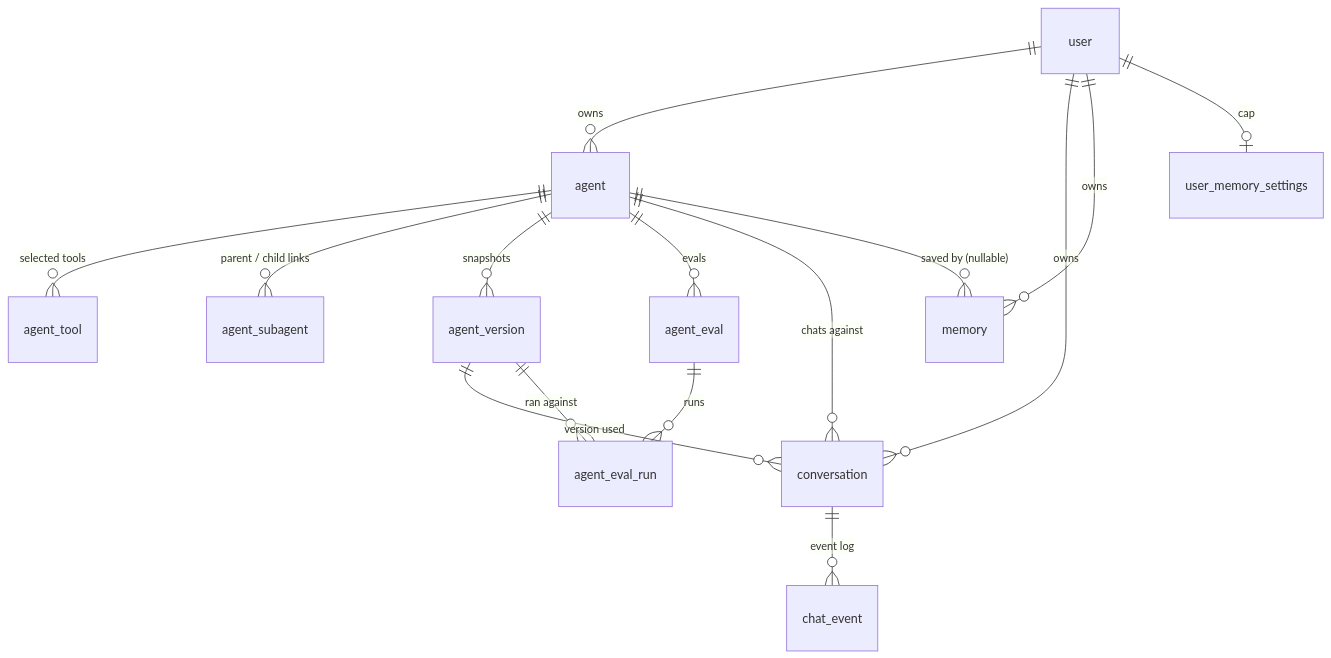
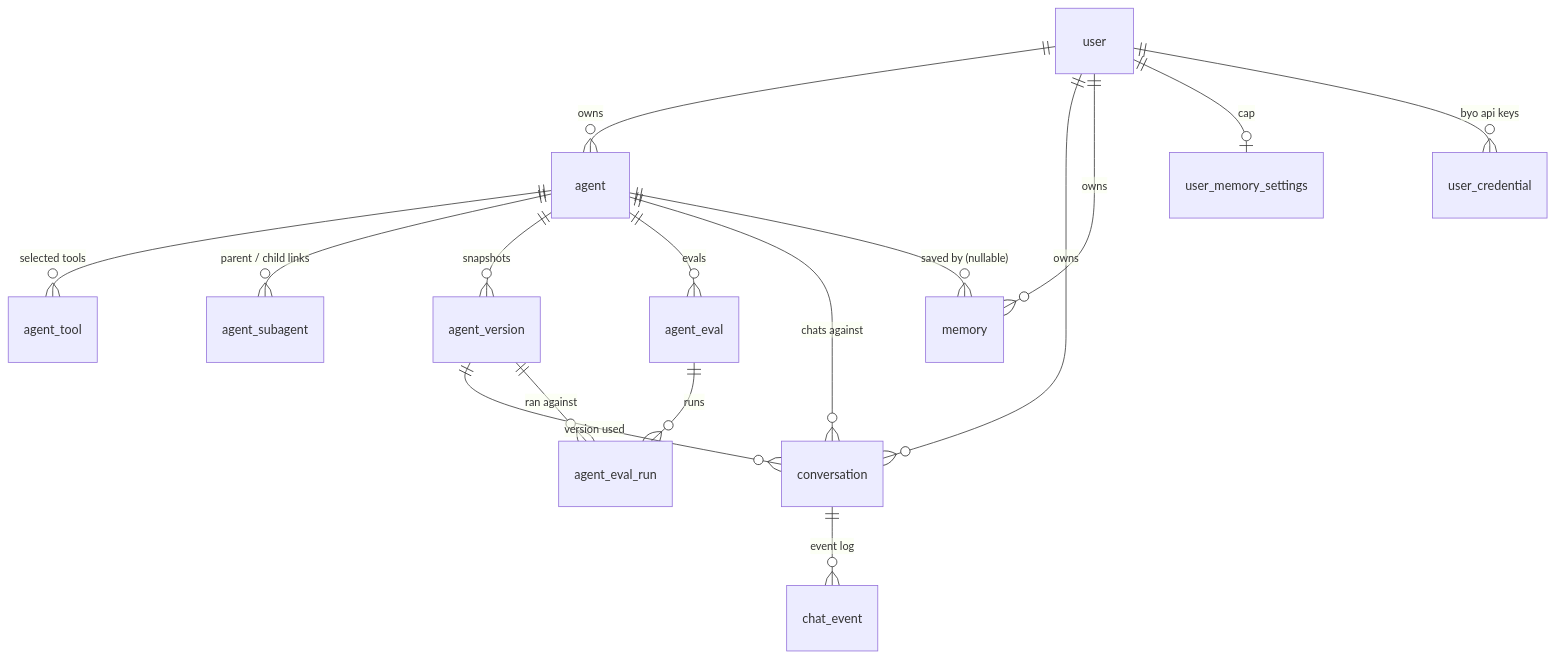
The fifth of 5 diagrams in ARCHITECTURE.md (jimmy-guzman/comal.dev), drawn with Mermaid before and after one commit. The commit also changed other lines of this file and 43 other files, not shown here.

Commit message:
feat: ✨ add per-user credentials + byo api keys (#185)

````diff
--- a/ARCHITECTURE.md
+++ b/ARCHITECTURE.md
@@ -101,17 +101,18 @@
 ```mermaid
 erDiagram
   user ||--o{ agent : owns
   user ||--o{ conversation : owns
   user ||--o{ memory : owns
   user ||--o| user_memory_settings : cap
+  user ||--o{ user_credential : "byo api keys"
   agent ||--o{ agent_tool : "selected tools"
   agent ||--o{ agent_subagent : "parent / child links"
   agent ||--o{ agent_version : snapshots
   agent ||--o{ agent_eval : evals
   agent ||--o{ conversation : "chats against"
   agent ||--o{ memory : "saved by (nullable)"
   agent_version ||--o{ conversation : "version used"
   agent_eval ||--o{ agent_eval_run : runs
   agent_version ||--o{ agent_eval_run : "ran against"
   conversation ||--o{ chat_event : "event log"
 ```
````
